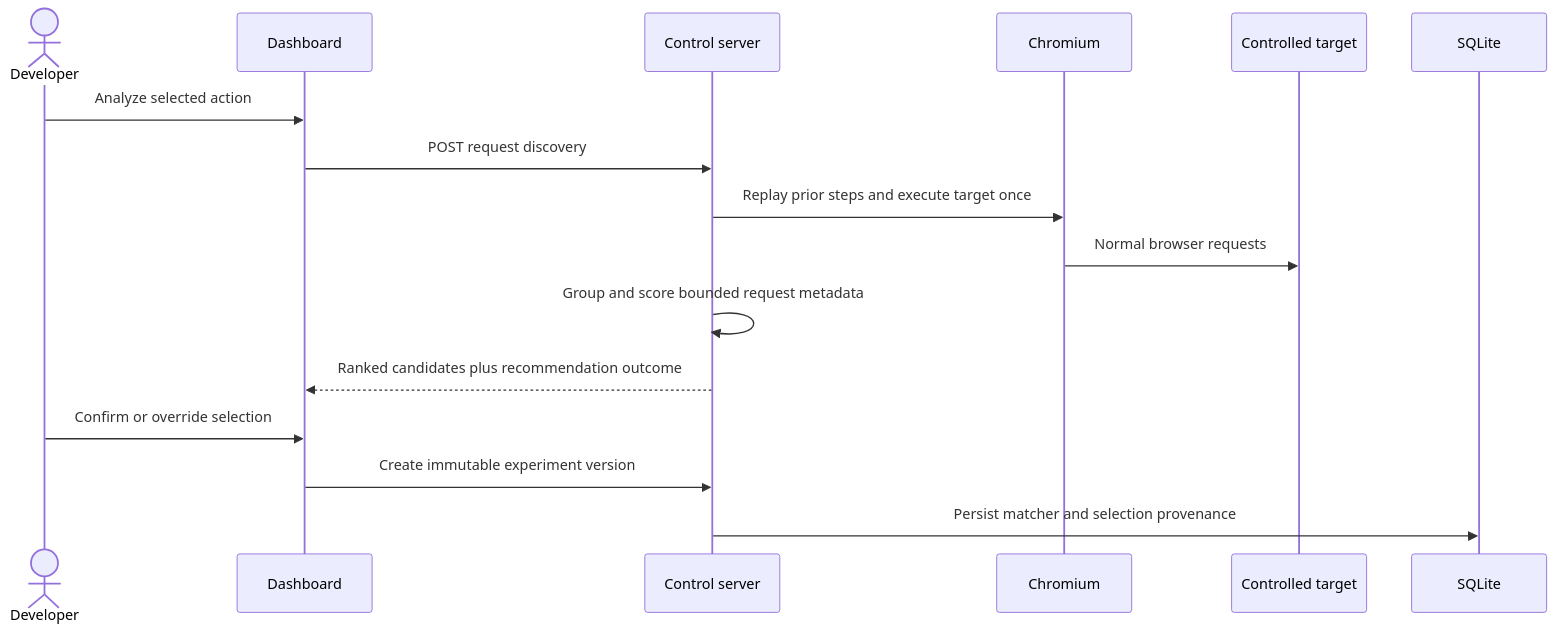
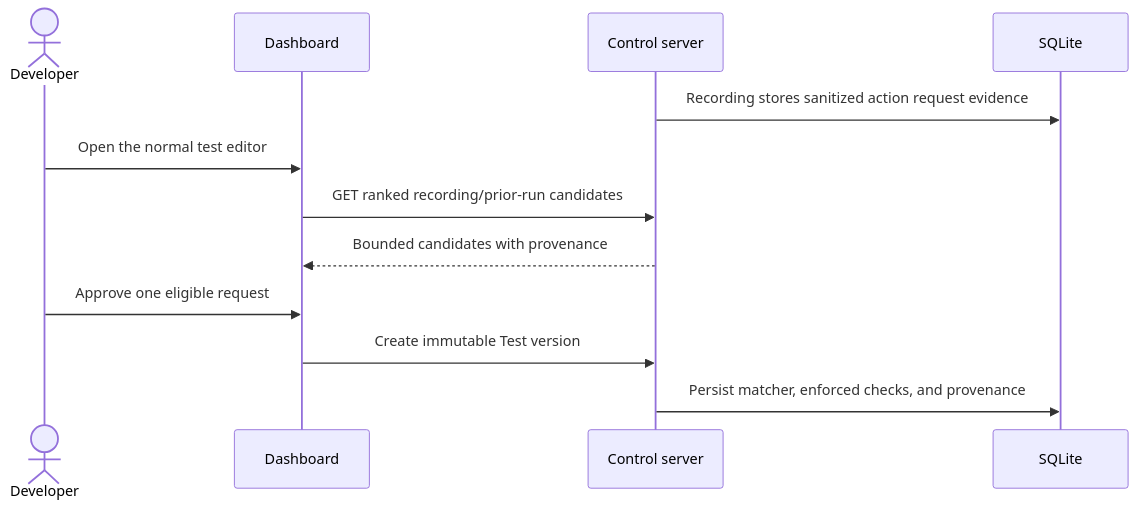
One commit to SalAkBuK/formcrash changed the second of 2 diagrams in docs/architecture/data-flow.md. Above: the diagram before and after it, drawn with Mermaid. The commit also changed other lines of this file and 99 other files, not shown here.

````diff
--- a/docs/architecture/data-flow.md
+++ b/docs/architecture/data-flow.md
@@ -69,19 +69,15 @@
 ```mermaid
 sequenceDiagram
   actor Developer
   participant Dashboard
   participant Server as Control server
-  participant Browser as Chromium
-  participant Target as Controlled target
   participant Store as SQLite
 
-  Developer->>Dashboard: Analyze selected action
-  Dashboard->>Server: POST request discovery
-  Server->>Browser: Replay prior steps and execute target once
-  Browser->>Target: Normal browser requests
-  Server->>Server: Group and score bounded request metadata
-  Server-->>Dashboard: Ranked candidates plus recommendation outcome
-  Developer->>Dashboard: Confirm or override selection
-  Dashboard->>Server: Create immutable experiment version
-  Server->>Store: Persist matcher and selection provenance
+  Server->>Store: Recording stores sanitized action request evidence
+  Developer->>Dashboard: Open the normal test editor
+  Dashboard->>Server: GET ranked recording/prior-run candidates
+  Server-->>Dashboard: Bounded candidates with provenance
+  Developer->>Dashboard: Approve one eligible request
+  Dashboard->>Server: Create immutable Test version
+  Server->>Store: Persist matcher, enforced checks, and provenance
 ```
````
